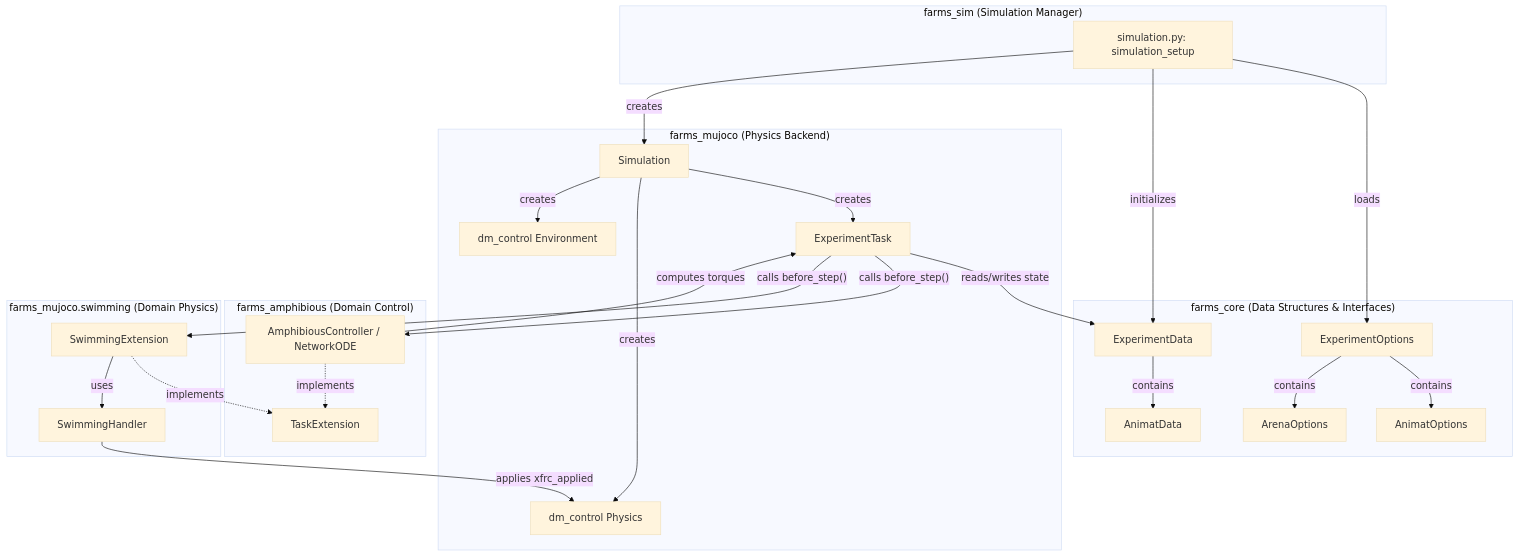
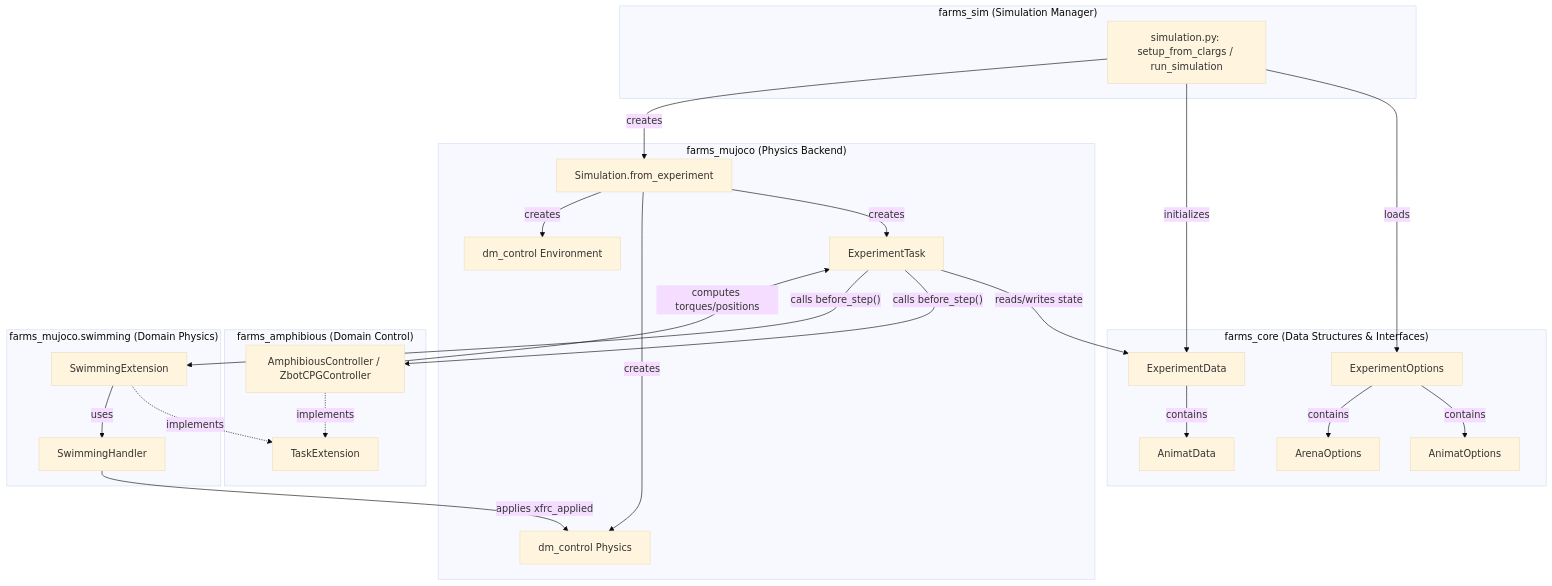
One commit to podalanga/farmsim_docs changed the first of 6 diagrams in reference/docs/architecture.md. Above: the diagram before and after it, drawn with Mermaid (base theme). The commit also changed other lines of this file and 21 other files, not shown here.

````diff
--- a/reference/docs/architecture.md
+++ b/reference/docs/architecture.md
@@ -15,45 +10,43 @@
 ```mermaid
 flowchart TD
     subgraph farms_core ["farms_core (Data Structures & Interfaces)"]
         EO[ExperimentOptions] -->|contains| AO[AnimatOptions]
         EO -->|contains| ArO[ArenaOptions]
         ED[ExperimentData] -->|contains| AD[AnimatData]
     end
 
     subgraph farms_sim ["farms_sim (Simulation Manager)"]
-        FS_Sim["simulation.py: simulation_setup"]
+        FS_Sim["simulation.py: setup_from_clargs / run_simulation"]
         FS_Sim -->|loads| EO
         FS_Sim -->|initializes| ED
     end
 
     subgraph farms_mujoco ["farms_mujoco (Physics Backend)"]
-        FM_Sim[Simulation]
+        FM_Sim[Simulation.from_experiment]
         Task[ExperimentTask]
         Physics["dm_control Physics"]
         Env["dm_control Environment"]
-        
-        FS_Sim -->|creates| FM_Sim
         FM_Sim -->|creates| Task
         FM_Sim -->|creates| Physics
         FM_Sim -->|creates| Env
-        
         Task -->|"reads/writes state"| ED
     end
 
     subgraph farms_amphibious ["farms_amphibious (Domain Control)"]
-        AC["AmphibiousController / NetworkODE"]
-        AC -.->|implements| TaskExtension["TaskExtension"]
-        AC -->|"computes torques"| Task
+        AC["AmphibiousController / ZbotCPGController"]
+        AC -.->|implements| TaskExtension[TaskExtension]
+        AC -->|"computes torques/positions"| Task
     end
 
     subgraph Hydrodynamics ["farms_mujoco.swimming (Domain Physics)"]
         SE[SwimmingExtension]
         SH[SwimmingHandler]
         SE -.->|implements| TaskExtension
         SE -->|uses| SH
-        SH -->|applies xfrc_applied| Physics
+        SH -->|"applies xfrc_applied"| Physics
     end
-    
+
+    FS_Sim -->|creates| FM_Sim
     Task -->|"calls before_step()"| AC
     Task -->|"calls before_step()"| SE
 ```
````
